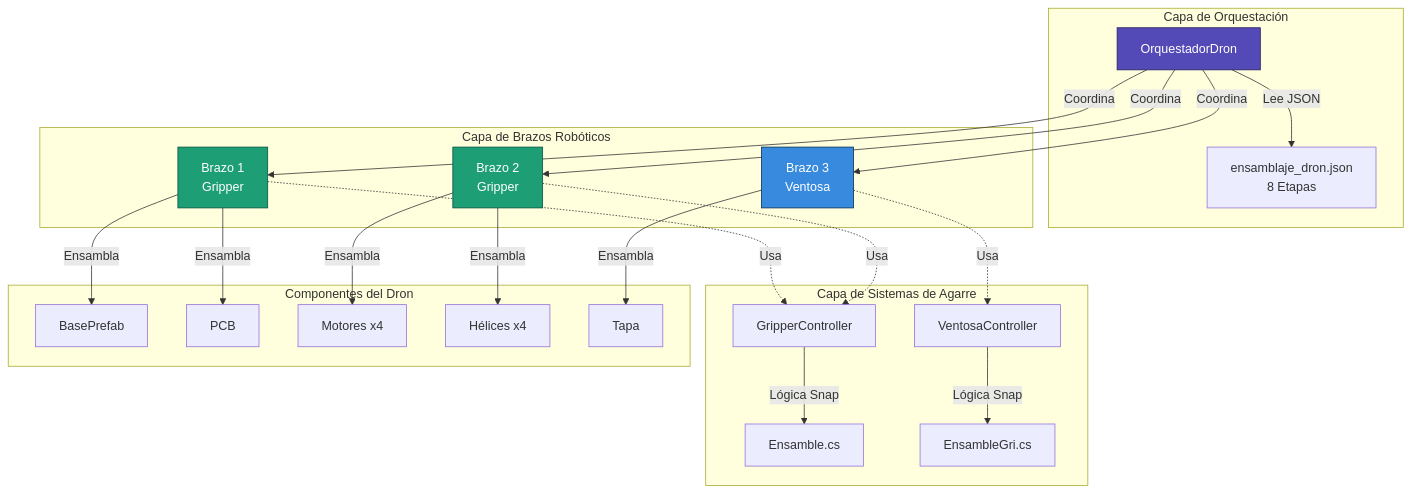
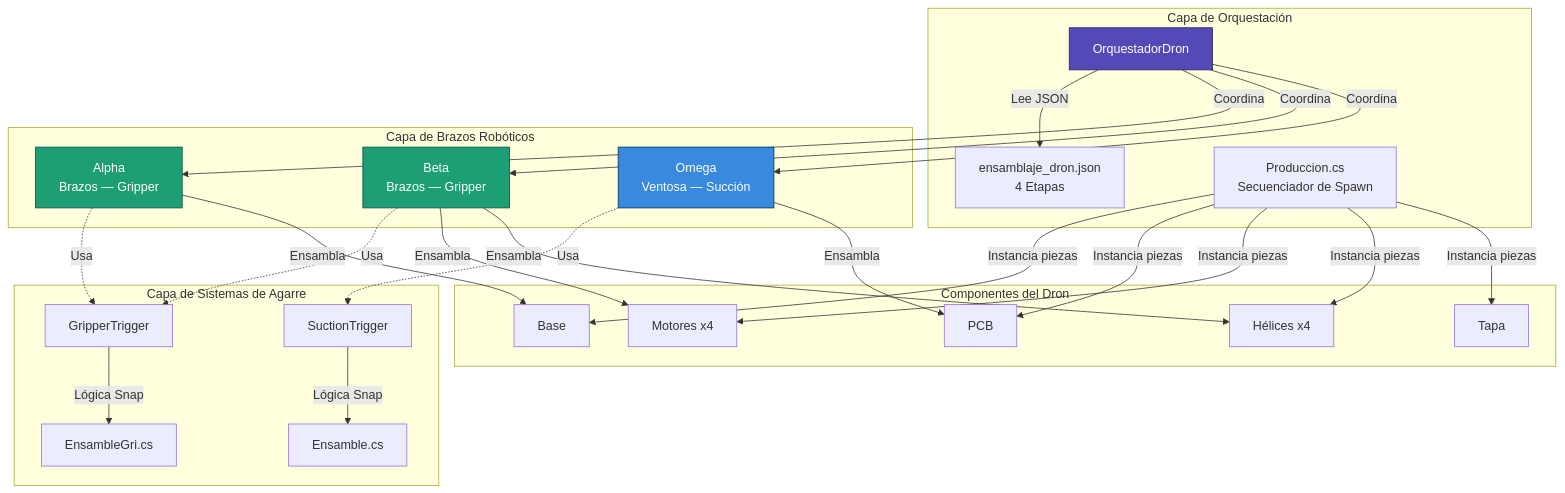
Before and after one commit to jorgefajardom-coder/drone-packaging-simulation-unity: the fourth of 6 diagrams in README.md, drawn with Mermaid. The commit also changed other lines of this file, not shown here.

````diff
--- a/README.md
+++ b/README.md
@@ -936,51 +1035,56 @@
 ```mermaid
 graph TB
     subgraph "Capa de Orquestación"
         O[OrquestadorDron]
-        JSON[ensamblaje_dron.json<br/>8 Etapas]
+        JSON[ensamblaje_dron.json<br/>4 Etapas]
+        P[Produccion.cs<br/>Secuenciador de Spawn]
     end
     
     subgraph "Capa de Brazos Robóticos"
-        B1[Brazo 1<br/>Gripper]
-        B2[Brazo 2<br/>Gripper]
-        B3[Brazo 3<br/>Ventosa]
+        B1[Alpha<br/>Brazos — Gripper]
+        B2[Beta<br/>Brazos — Gripper]
+        B3[Omega<br/>Ventosa — Succión]
     end
     
     subgraph "Capa de Sistemas de Agarre"
-        G[GripperController]
-        V[VentosaController]
+        G[GripperTrigger]
+        V[SuctionTrigger]
         E1[Ensamble.cs]
         E2[EnsambleGri.cs]
     end
     
     subgraph "Componentes del Dron"
-        BASE[BasePrefab]
+        BASE[Base]
         PCB[PCB]
         MOTOR[Motores x4]
         HELICE[Hélices x4]
         TAPA[Tapa]
     end
     
     O -->|Lee JSON| JSON
     O -->|Coordina| B1
     O -->|Coordina| B2
     O -->|Coordina| B3
+    P -->|Instancia piezas| BASE
+    P -->|Instancia piezas| PCB
+    P -->|Instancia piezas| MOTOR
+    P -->|Instancia piezas| HELICE
+    P -->|Instancia piezas| TAPA
     
     B1 -.->|Usa| G
     B2 -.->|Usa| G
     B3 -.->|Usa| V
     
-    G -->|Lógica Snap| E1
-    V -->|Lógica Snap| E2
+    G -->|Lógica Snap| E2
+    V -->|Lógica Snap| E1
     
     B1 -->|Ensambla| BASE
-    B1 -->|Ensambla| PCB
+    B3 -->|Ensambla| PCB
     B2 -->|Ensambla| MOTOR
     B2 -->|Ensambla| HELICE
-    B3 -->|Ensambla| TAPA
     
     style O fill:#534AB7,stroke:#26215C,color:#fff
     style B1 fill:#1D9E75,stroke:#085041,color:#fff
     style B2 fill:#1D9E75,stroke:#085041,color:#fff
     style B3 fill:#378ADD,stroke:#042C53,color:#fff
 ```
````
